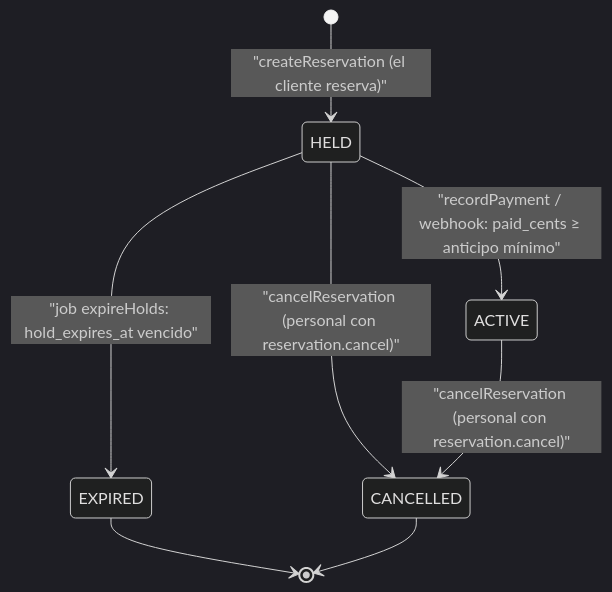
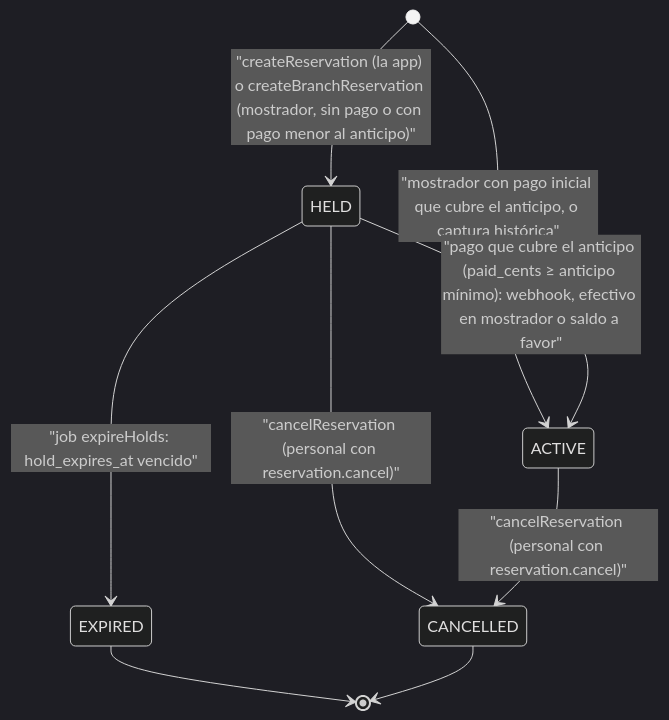
Before and after one commit to erickgs2/ruta_mochilera: the seventh of 11 diagrams in docs/diagrams/trip-reservation.md, drawn with Mermaid (dark theme). The commit also changed other lines of this file and 2 other files, not shown here.

First line of the commit message:
docs: complete payment-flow and trip-reservation for phase 2b

````diff
--- a/docs/diagrams/trip-reservation.md
+++ b/docs/diagrams/trip-reservation.md
@@ -180,10 +180,11 @@
 ```mermaid
 stateDiagram-v2
-    [*] --> HELD: "createReservation (el cliente reserva)"
-    HELD --> ACTIVE: "recordPayment / webhook: paid_cents ≥ anticipo mínimo"
+    [*] --> HELD: "createReservation (la app) o createBranchReservation (mostrador, sin pago o con pago menor al anticipo)"
+    [*] --> ACTIVE: "mostrador con pago inicial que cubre el anticipo, o captura histórica"
+    HELD --> ACTIVE: "pago que cubre el anticipo (paid_cents ≥ anticipo mínimo): webhook, efectivo en mostrador o saldo a favor"
     HELD --> EXPIRED: "job expireHolds: hold_expires_at vencido"
     HELD --> CANCELLED: "cancelReservation (personal con reservation.cancel)"
     ACTIVE --> CANCELLED: "cancelReservation (personal con reservation.cancel)"
     EXPIRED --> [*]
     CANCELLED --> [*]
 ```
````
